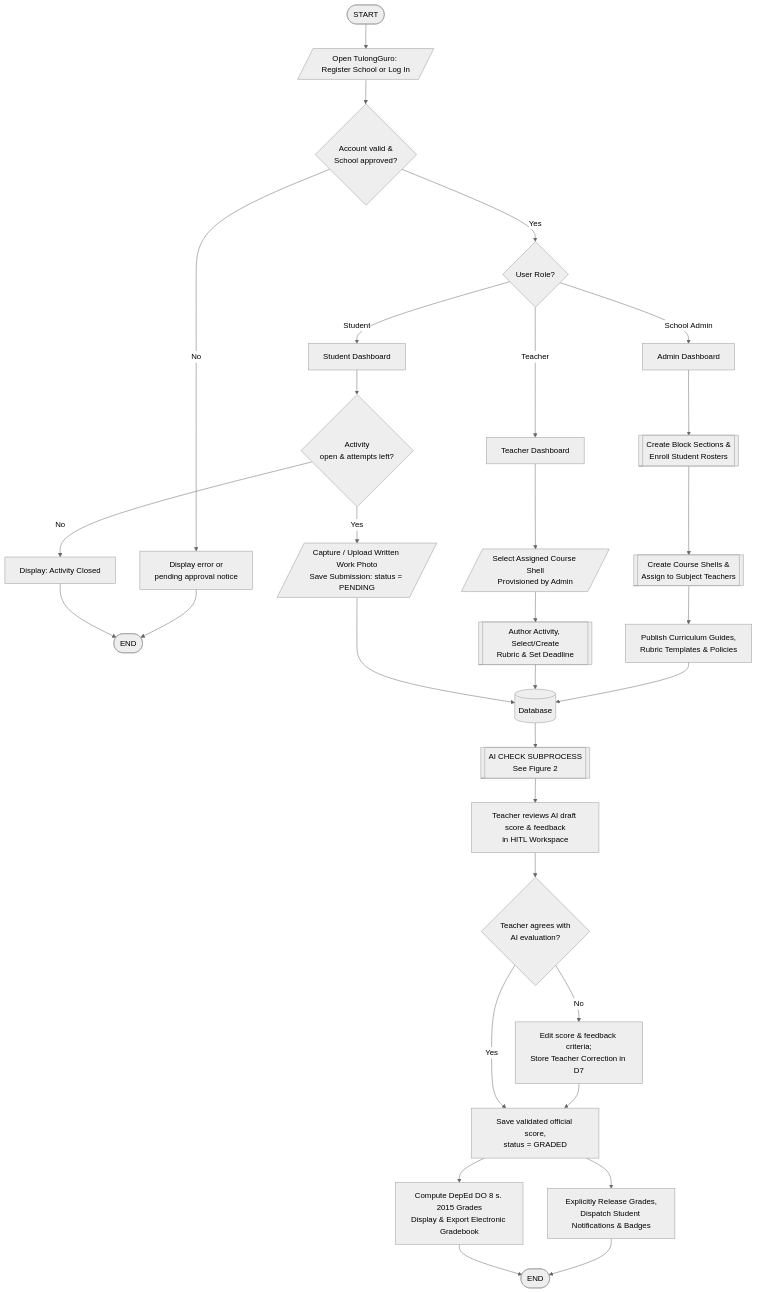
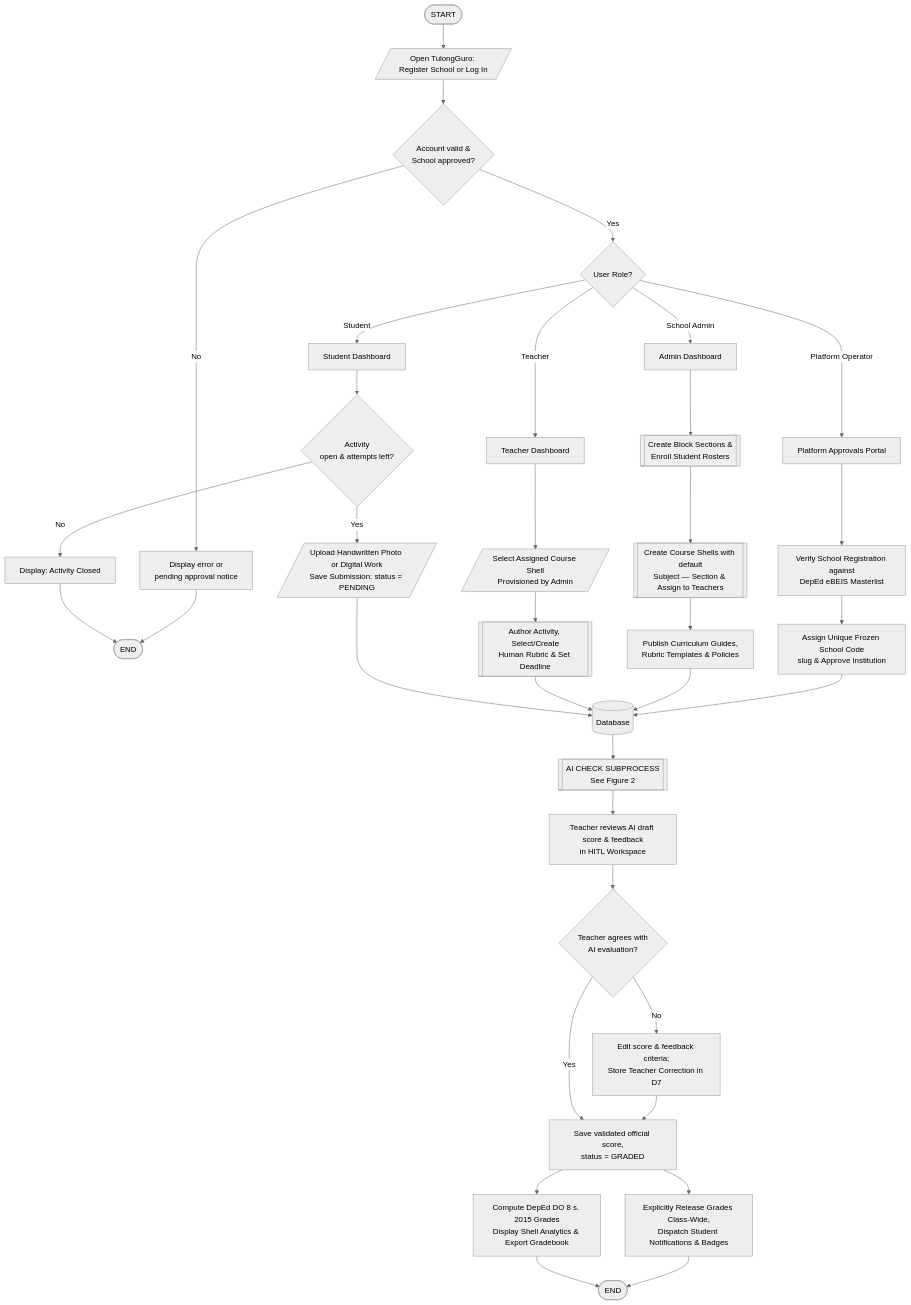
Before and after one commit to Damudachi/TulongGuro: the first of 2 diagrams in docs/SYSTEM-FLOWCHART-AND-PSEUDOCODE.md, drawn with Mermaid (neutral theme). The commit also changed other lines of this file and 1 other file, not shown here.

````diff
--- a/docs/SYSTEM-FLOWCHART-AND-PSEUDOCODE.md
+++ b/docs/SYSTEM-FLOWCHART-AND-PSEUDOCODE.md
@@ -11,41 +11,47 @@
 ```mermaid
 flowchart TD
     S([START]) --> O[/Open TulongGuro: Register School or Log In/]
     O --> V{Account valid &<br/>School approved?}
     V -- No --> X[Display error or<br/>pending approval notice]
     X --> E1([END])
     V -- Yes --> R{User Role?}
 
-    %% ADMIN ROLE FLOW
+    %% PLATFORM ADMIN ROLE FLOW
+    R -- Platform Operator --> PL1[Platform Approvals Portal]
+    PL1 --> PL2[Verify School Registration against<br/>DepEd eBEIS Masterlist]
+    PL2 --> PL3[Assign Unique Frozen School Code<br/>slug & Approve Institution]
+    PL3 --> DB[(Database)]
+
+    %% SCHOOL ADMIN ROLE FLOW
     R -- School Admin --> AD1[Admin Dashboard]
     AD1 --> AD2[[Create Block Sections &<br/>Enroll Student Rosters]]
-    AD2 --> AD3[[Create Course Shells &<br/>Assign to Subject Teachers]]
+    AD2 --> AD3[[Create Course Shells with default<br/>Subject — Section & Assign to Teachers]]
     AD3 --> AD4[Publish Curriculum Guides,<br/>Rubric Templates & Policies]
-    AD4 --> DB[(Database)]
+    AD4 --> DB
 
     %% TEACHER ROLE FLOW
     R -- Teacher --> TE1[Teacher Dashboard]
     TE1 --> TE2[/Select Assigned Course Shell<br/>Provisioned by Admin/]
-    TE2 --> TE3[[Author Activity, Select/Create<br/>Rubric & Set Deadline]]
+    TE2 --> TE3[[Author Activity, Select/Create<br/>Human Rubric & Set Deadline]]
     TE3 --> DB
 
     %% STUDENT ROLE FLOW
     R -- Student --> ST1[Student Dashboard]
     ST1 --> SO{Activity<br/>open & attempts left?}
     SO -- No --> SC[Display: Activity Closed]
     SC --> E1
-    SO -- Yes --> SU[/Capture / Upload Written Work Photo<br/>Save Submission: status = PENDING/]
+    SO -- Yes --> SU[/Upload Handwritten Photo or Digital Work<br/>Save Submission: status = PENDING/]
     SU --> DB
 
     %% GRADING & HUMAN-IN-THE-LOOP PIPELINE
     DB --> AI[[AI CHECK SUBPROCESS<br/>See Figure 2]]
     AI --> HR[Teacher reviews AI draft score & feedback<br/>in HITL Workspace]
     HR --> AG{Teacher agrees with<br/>AI evaluation?}
     AG -- No --> ED[Edit score & feedback criteria;<br/>Store Teacher Correction in D7]
     ED --> VG
     AG -- Yes --> VG[Save validated official score,<br/>status = GRADED]
-    VG --> RL[Explicitly Release Grades,<br/>Dispatch Student Notifications & Badges]
-    VG --> CG[Compute DepEd DO 8 s. 2015 Grades<br/>Display & Export Electronic Gradebook]
+    VG --> RL[Explicitly Release Grades Class-Wide,<br/>Dispatch Student Notifications & Badges]
+    VG --> CG[Compute DepEd DO 8 s. 2015 Grades<br/>Display Shell Analytics & Export Gradebook]
     RL --> E2([END])
     CG --> E2
 ```
````
